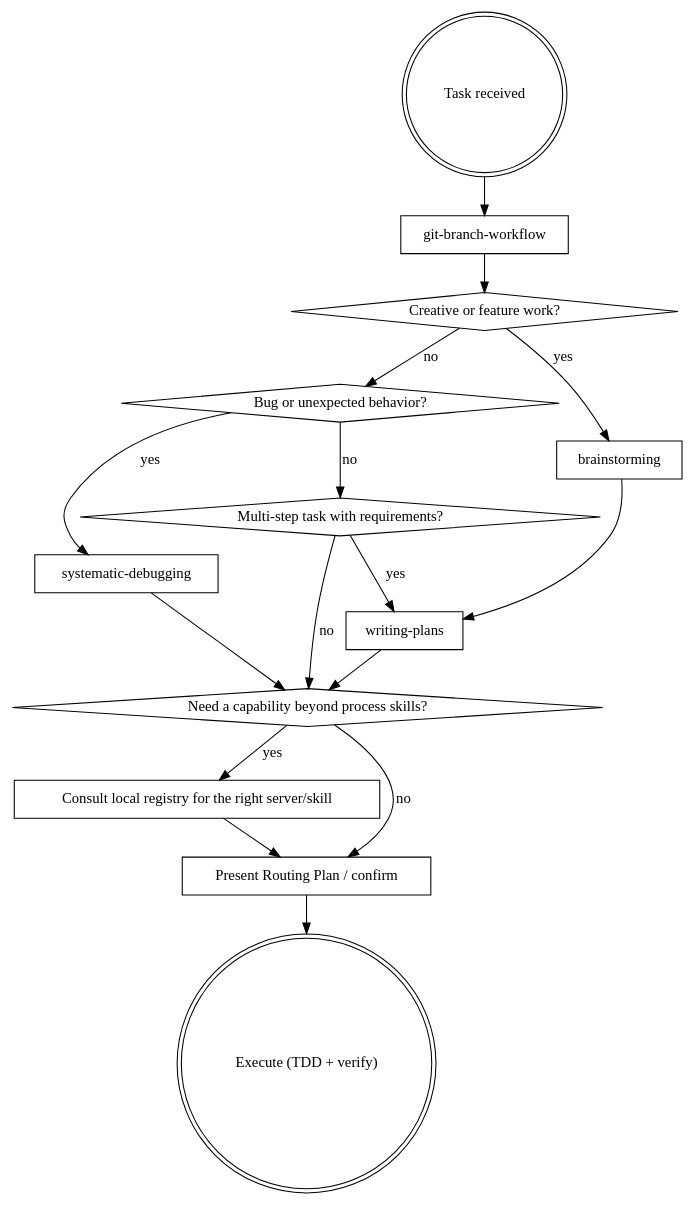
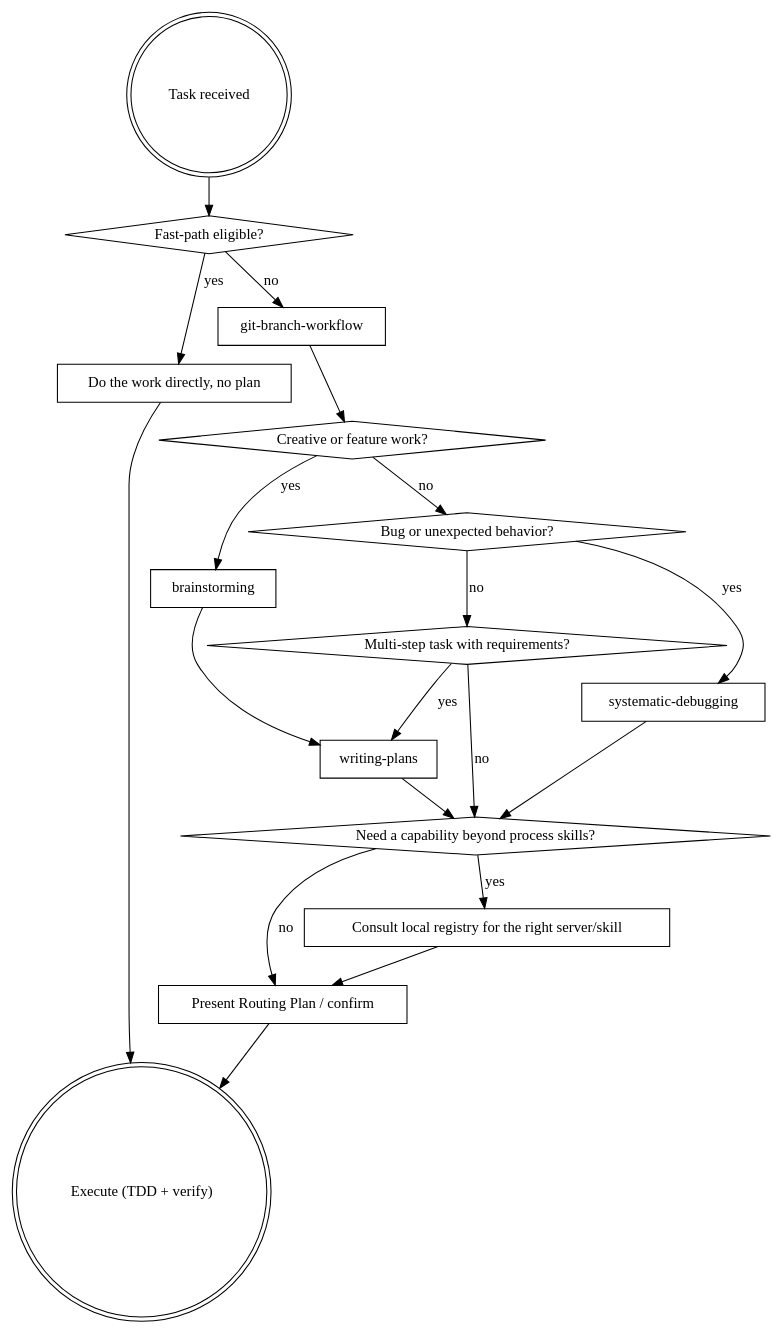
The diagram in skills/coordinator/SKILL.md (heitorpfigueira/my-superpowers), drawn with Graphviz before and after one commit.

Commit message:
Add the missing Fast-path branch to the Routing Decision digraph
Why: the final whole-branch review's fix wave added git-branch-workflow
and a confirm gate to the digraph but left it with no Fast-path
representation, so every path - including trivial fast-path work -
now ran through git-branch-workflow and a mandatory confirm node,
contradicting Step 0's prose ("route silently and get on with it").
The scoped re-review confirmed this was the one residual finding from
the final review.

What: adds a "Fast-path eligible?" diamond right after "Task received"
that branches straight to "Do the work directly, no plan" and on to
Execute, bypassing git-branch-workflow and the confirm gate entirely -
matching Step 0's Fast-path description exactly.

````diff
--- a/skills/coordinator/SKILL.md
+++ b/skills/coordinator/SKILL.md
@@ -175,35 +175,40 @@
 ```dot
 digraph coordinator {
     rankdir=TB;
     "Task received" [shape=doublecircle];
+    "Fast-path eligible?" [shape=diamond];
+    "Do the work directly, no plan" [shape=box];
     "git-branch-workflow" [shape=box];
     "Creative or feature work?" [shape=diamond];
     "Bug or unexpected behavior?" [shape=diamond];
     "Multi-step task with requirements?" [shape=diamond];
     "brainstorming" [shape=box];
     "systematic-debugging" [shape=box];
     "writing-plans" [shape=box];
     "Need a capability beyond process skills?" [shape=diamond];
     "Consult local registry for the right server/skill" [shape=box];
     "Present Routing Plan / confirm" [shape=box];
     "Execute (TDD + verify)" [shape=doublecircle];
 
-    "Task received" -> "git-branch-workflow";
+    "Task received" -> "Fast-path eligible?";
+    "Fast-path eligible?" -> "Do the work directly, no plan" [label="yes"];
+    "Fast-path eligible?" -> "git-branch-workflow" [label="no"];
     "git-branch-workflow" -> "Creative or feature work?";
     "Creative or feature work?" -> "brainstorming" [label="yes"];
     "Creative or feature work?" -> "Bug or unexpected behavior?" [label="no"];
     "Bug or unexpected behavior?" -> "systematic-debugging" [label="yes"];
     "Bug or unexpected behavior?" -> "Multi-step task with requirements?" [label="no"];
     "Multi-step task with requirements?" -> "writing-plans" [label="yes"];
     "Multi-step task with requirements?" -> "Need a capability beyond process skills?" [label="no"];
 
     "brainstorming" -> "writing-plans";
     "writing-plans" -> "Need a capability beyond process skills?";
     "systematic-debugging" -> "Need a capability beyond process skills?";
 
     "Need a capability beyond process skills?" -> "Consult local registry for the right server/skill" [label="yes"];
     "Need a capability beyond process skills?" -> "Present Routing Plan / confirm" [label="no"];
     "Consult local registry for the right server/skill" -> "Present Routing Plan / confirm";
     "Present Routing Plan / confirm" -> "Execute (TDD + verify)";
+    "Do the work directly, no plan" -> "Execute (TDD + verify)";
 }
 ```
````
